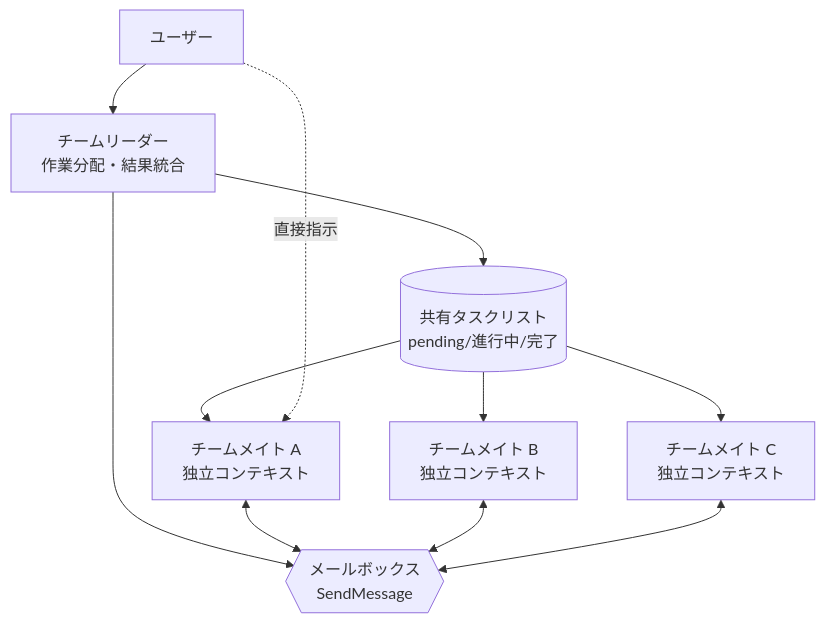
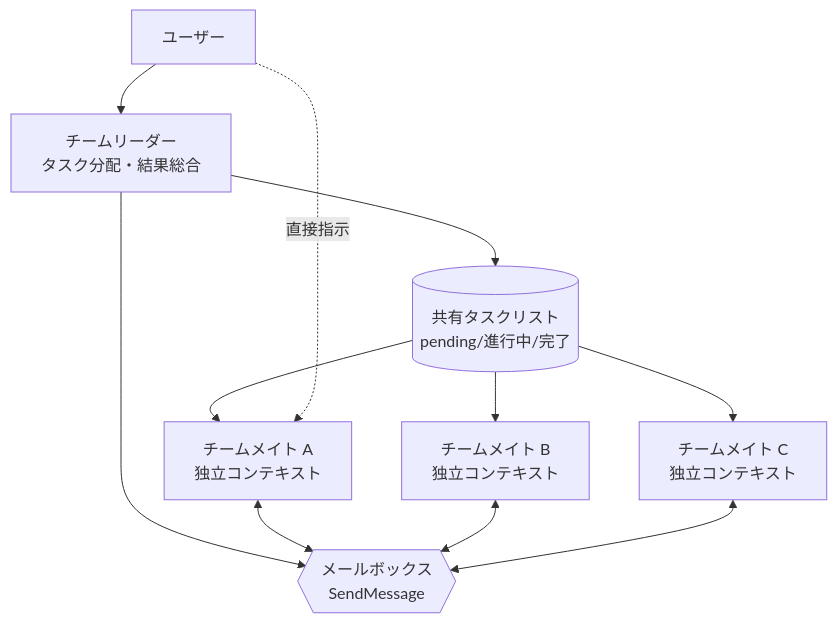
The diagram in docs-site/content/ja/claude-code/agentic/agent-teams.md (modu-ai/moai-adk), drawn with Mermaid before and after one commit. The commit also changed other lines of this file and 395 other files, not shown here.

````diff
--- a/docs-site/content/ja/claude-code/agentic/agent-teams.md
+++ b/docs-site/content/ja/claude-code/agentic/agent-teams.md
@@ -83,13 +83,13 @@
 ```mermaid
 flowchart TD
-    User[ユーザー] --> Lead[チームリーダー<br/>作業分配・結果統合]
+    User[ユーザー] --> Lead[チームリーダー<br/>タスク分配・結果総合]
     Lead --> TaskList[(共有タスクリスト<br/>pending/進行中/完了)]
     Lead --> Mailbox{{メールボックス<br/>SendMessage}}
     TaskList --> T1[チームメイト A<br/>独立コンテキスト]
     TaskList --> T2[チームメイト B<br/>独立コンテキスト]
     TaskList --> T3[チームメイト C<br/>独立コンテキスト]
     T1 <--> Mailbox
     T2 <--> Mailbox
     T3 <--> Mailbox
     User -.直接指示.-> T1
 ```
````
